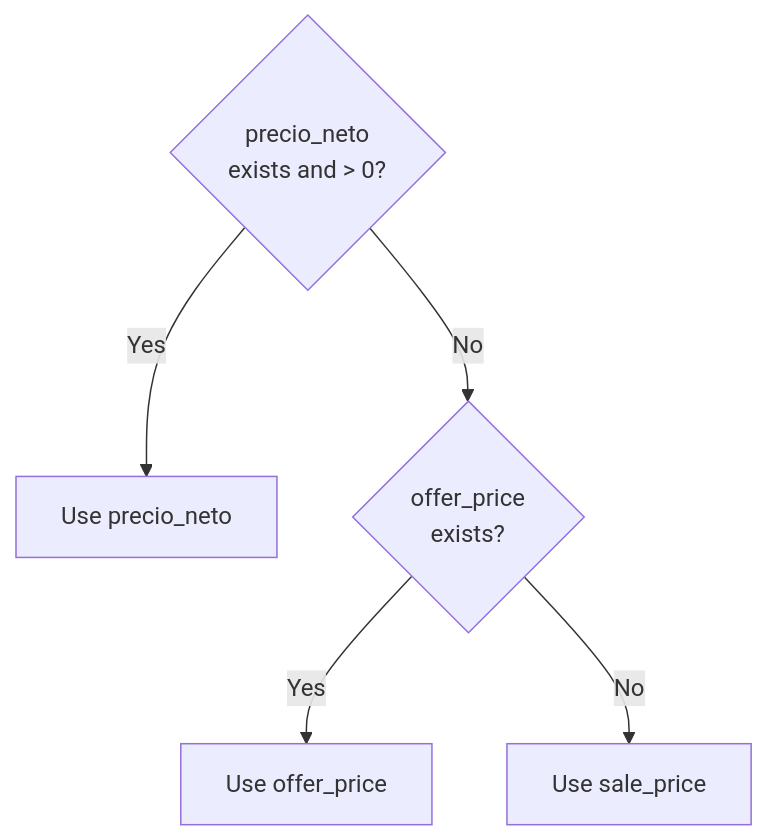
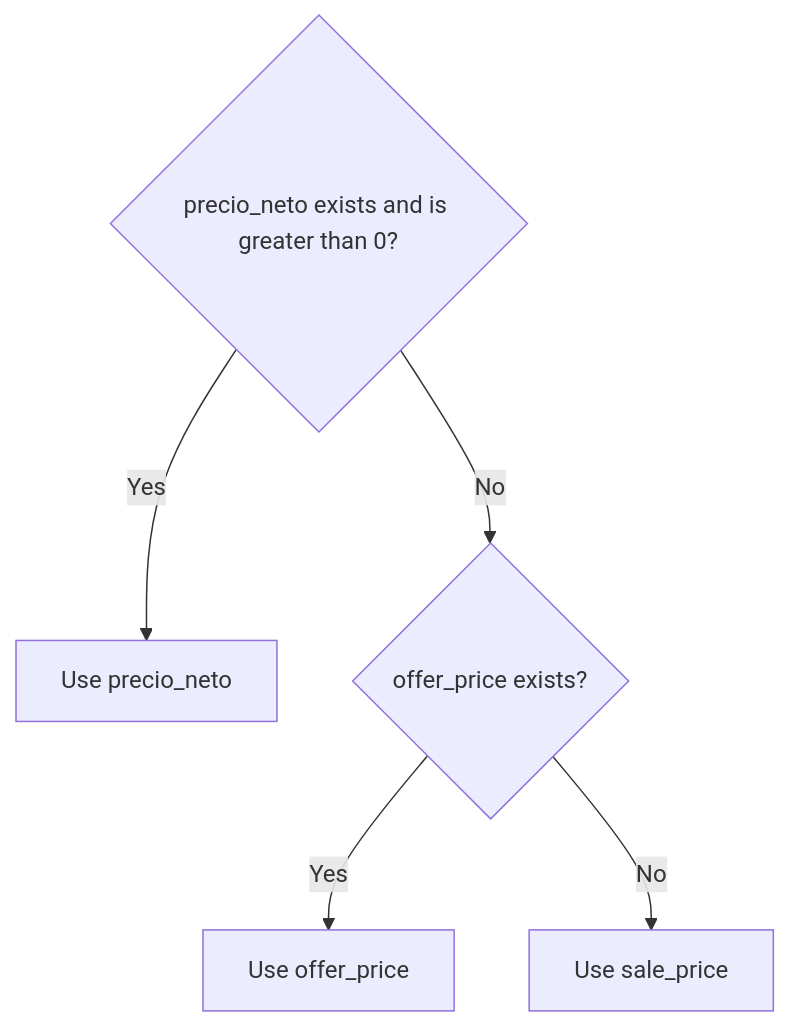
One commit to seqencia/InventoryProyectHome changed the third of 3 diagrams in docs/diagrams/FLOW-SALE.md. Above: the diagram before and after it, drawn with Mermaid. The commit also changed other lines of this file and 6 other files, not shown here.

First line of the commit message:
fix: correct Mermaid syntax errors in all diagrams

````diff
--- a/docs/diagrams/FLOW-SALE.md
+++ b/docs/diagrams/FLOW-SALE.md
@@ -76,8 +76,8 @@
 ```mermaid
 flowchart TD
-    P1{precio_neto\nexists and > 0?}
+    P1{precio_neto exists and is greater than 0?}
     P1 -- Yes --> USE1[Use precio_neto]
-    P1 -- No --> P2{offer_price\nexists?}
+    P1 -- No --> P2{offer_price exists?}
     P2 -- Yes --> USE2[Use offer_price]
     P2 -- No --> USE3[Use sale_price]
 ```
````
